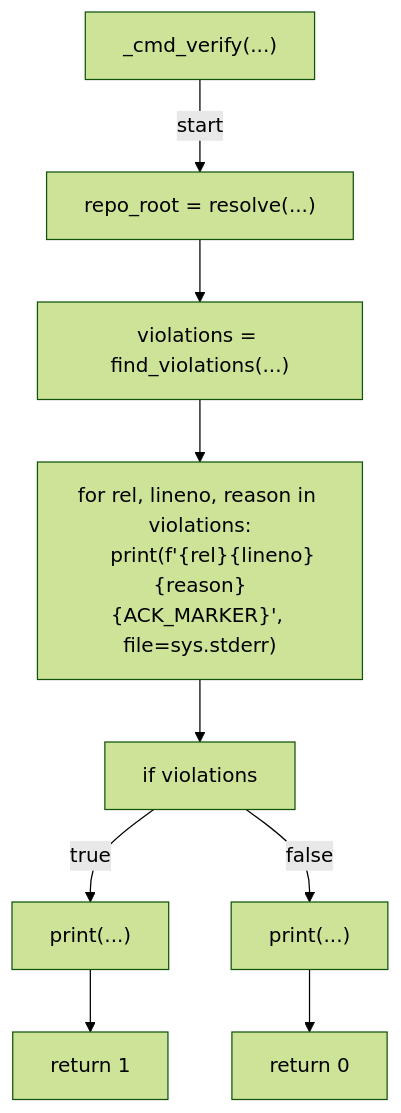
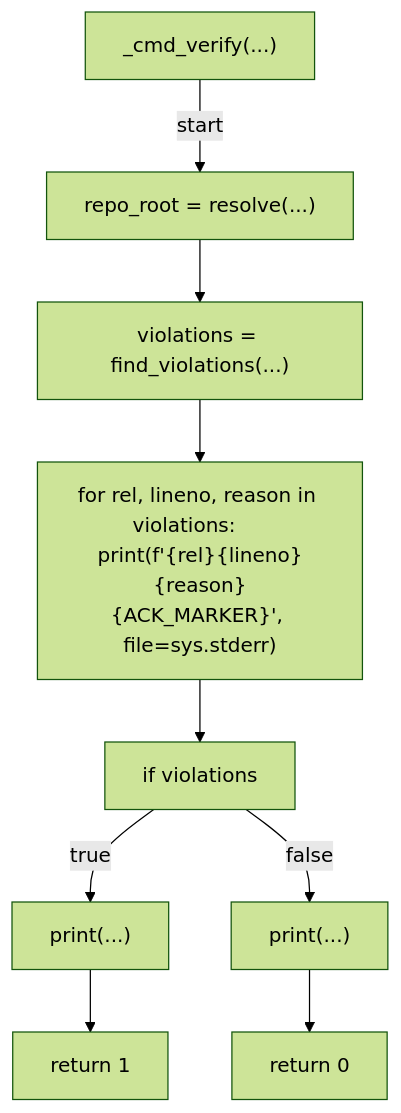
One commit to tvna/claude-md changed the eighth of 9 diagrams in docs/generated/scripts/ast/scan_workflow_action_pins.md. Above: the diagram before and after it, drawn with Mermaid (forest theme). The commit also changed other lines of this file and 23 other files, not shown here.

First line of the commit message:
docs(generated): regenerate decision tree and workflow diagrams (batch 4/5)

````diff
--- a/docs/generated/scripts/ast/scan_workflow_action_pins.md
+++ b/docs/generated/scripts/ast/scan_workflow_action_pins.md
@@ -134,21 +126,20 @@
 ```mermaid
 flowchart TD
     N001["_cmd_verify(...)"]
     N002["repo_root = resolve(...)"]
     N003["violations = find_violations(...)"]
-    N004["for rel, lineno, reason in violations:
-    print(f'<str>{rel}<str>{lineno}<str>{reason}<str>{ACK_MARKER}<str>', file=sys.stderr)"]
+    N004["for rel, lineno, reason in violations:     print(f'<str>{rel}<str>{lineno}<str>{reason}<str>{ACK_MARKER}<str>', file=sys.stderr)"]
     N005["if violations"]
     N006["print(...)"]
     N007["return 1"]
     N008["print(...)"]
     N009["return 0"]
     N001 -->|"start"| N002
     N002 --> N003
     N003 --> N004
     N004 --> N005
     N005 -->|"true"| N006
     N006 --> N007
     N005 -->|"false"| N008
     N008 --> N009
 ```
````
